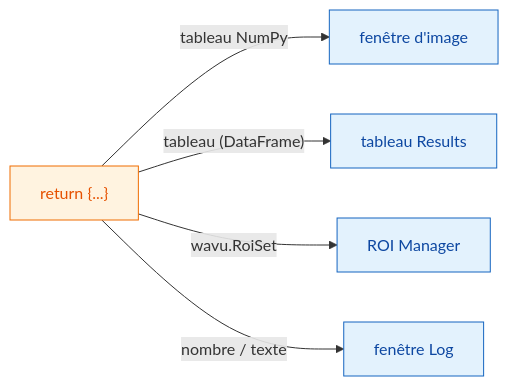
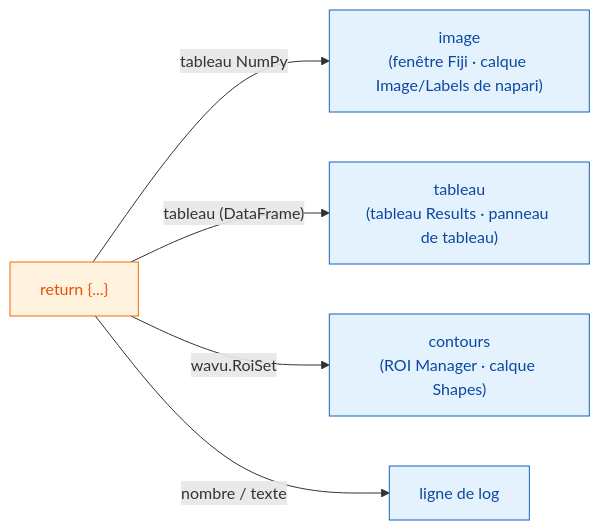
One commit to Oxford-Zeiss-Centre-of-Excellence/Wavu changed the diagram in guide/write/outputs.fr.md. Above: the diagram before and after it, drawn with Mermaid. The commit also changed other lines of this file and 221 other files, not shown here.

````diff
--- a/guide/write/outputs.fr.md
+++ b/guide/write/outputs.fr.md
@@ -11,15 +13,15 @@
 ```mermaid
 flowchart LR
     R["return {...}"]:::script
-    I["fenêtre d'image"]:::fiji
-    T["tableau Results"]:::fiji
-    O["ROI Manager"]:::fiji
-    L["fenêtre Log"]:::fiji
+    I["image<br/>(fenêtre Fiji · calque Image/Labels de napari)"]:::fiji
+    T["tableau<br/>(tableau Results · panneau de tableau)"]:::fiji
+    O["contours<br/>(ROI Manager · calque Shapes)"]:::fiji
+    L["ligne de log"]:::fiji
     R -- "tableau NumPy" --> I
     R -- "tableau (DataFrame)" --> T
     R -- "wavu.RoiSet" --> O
     R -- "nombre / texte" --> L
 
     classDef fiji   fill:#e3f2fd,stroke:#1565c0,color:#0d47a1
     classDef script fill:#fff3e0,stroke:#ef6c00,color:#e65100
 ```
````
